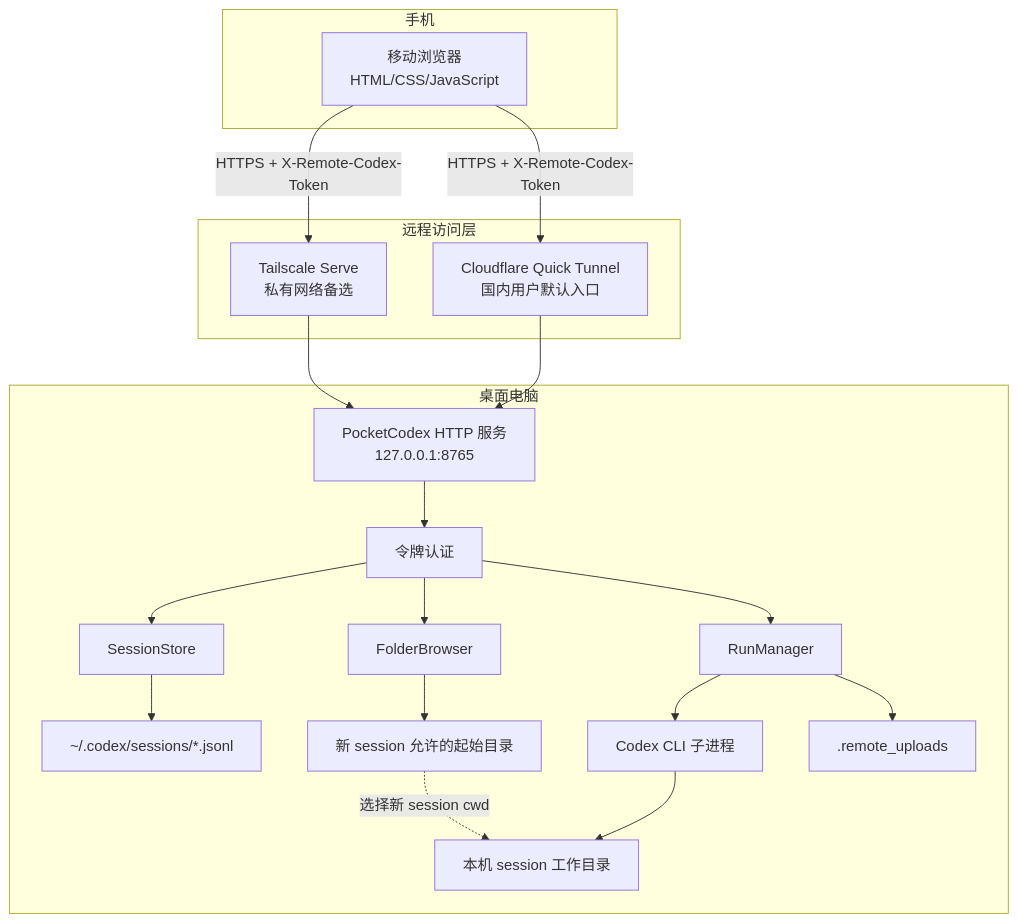
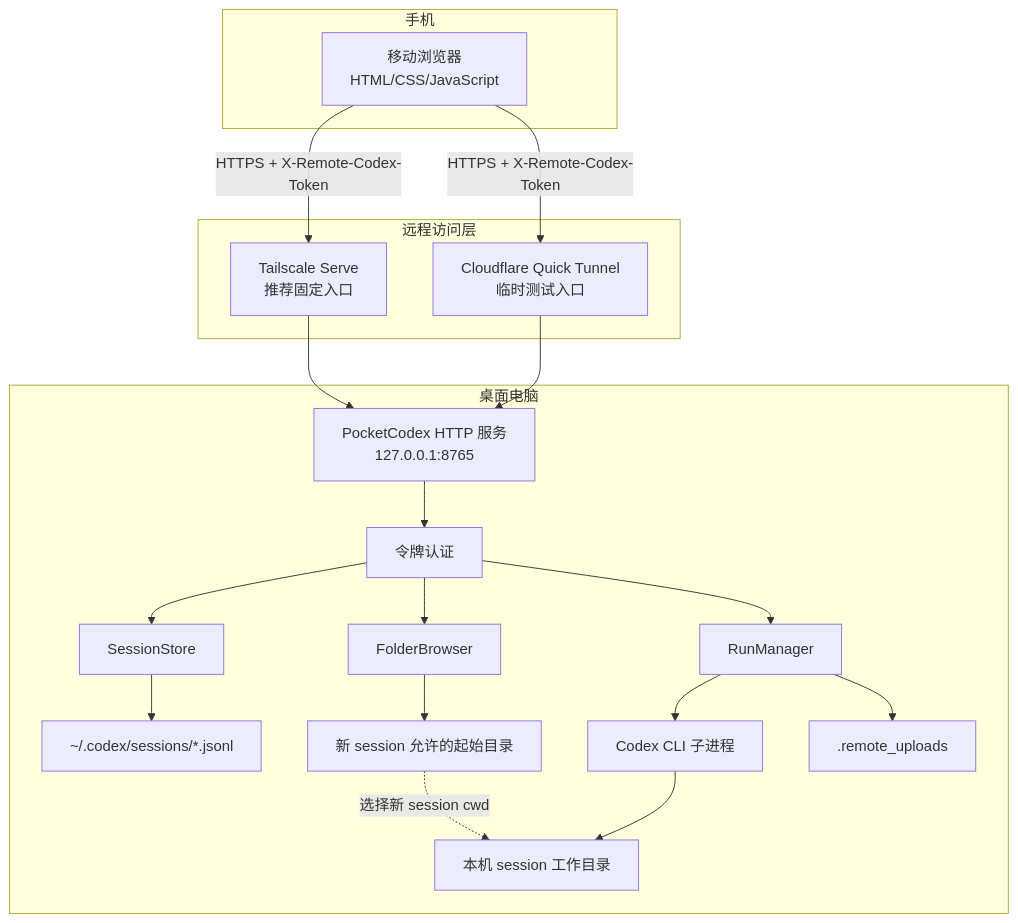
Before and after one commit to wanlixing-dream/Pocket-Codex: the first of 4 diagrams in docs/ARCHITECTURE.md, drawn with Mermaid. The commit also changed other lines of this file and 7 other files, not shown here.

````diff
--- a/docs/ARCHITECTURE.md
+++ b/docs/ARCHITECTURE.md
@@ -11,39 +11,39 @@
 ```mermaid
 flowchart TB
     subgraph Mobile[手机]
         Browser[移动浏览器<br/>HTML/CSS/JavaScript]
     end
 
     subgraph Network[远程访问层]
-        Cloudflare[Cloudflare Quick Tunnel<br/>国内用户默认入口]
-        Tailscale[Tailscale Serve<br/>私有网络备选]
+        Tailscale[Tailscale Serve<br/>推荐固定入口]
+        Cloudflare[Cloudflare Quick Tunnel<br/>临时测试入口]
     end
 
     subgraph Desktop[桌面电脑]
         HTTP[PocketCodex HTTP 服务<br/>127.0.0.1:8765]
         Auth[令牌认证]
         SessionStore[SessionStore]
         FolderBrowser[FolderBrowser]
         RunManager[RunManager]
         SessionFiles[~/.codex/sessions/*.jsonl]
         Roots[新 session 允许的起始目录]
         Workspaces[本机 session 工作目录]
         Codex[Codex CLI 子进程]
         Uploads[.remote_uploads]
     end
 
     Browser -->|HTTPS + X-Remote-Codex-Token| Tailscale
     Browser -->|HTTPS + X-Remote-Codex-Token| Cloudflare
     Tailscale --> HTTP
     Cloudflare --> HTTP
     HTTP --> Auth
     Auth --> SessionStore
     Auth --> FolderBrowser
     Auth --> RunManager
     SessionStore --> SessionFiles
     FolderBrowser --> Roots
     RunManager --> Codex
     RunManager --> Uploads
     Codex --> Workspaces
     Roots -.选择新 session cwd.-> Workspaces
 ```
````
